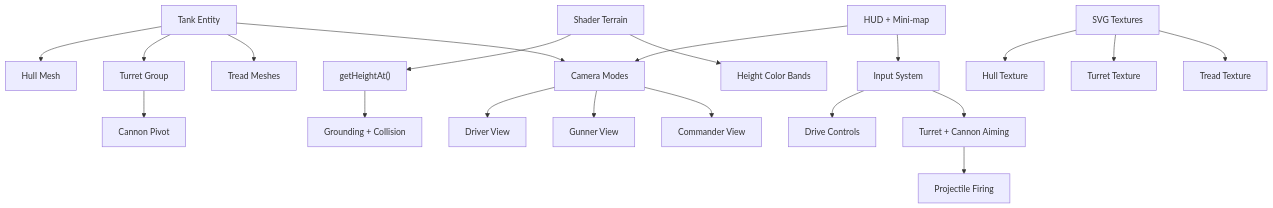
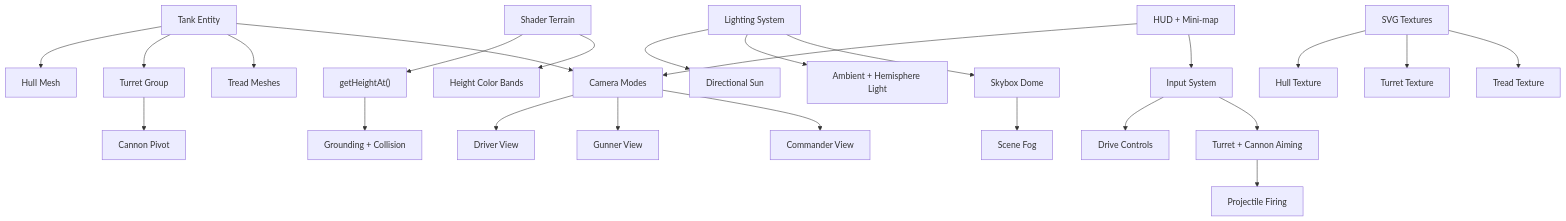
Before and after one commit to DocCheese/SauceTanks: the diagram in KNOWLEDGE_GRAPH.md, drawn with Mermaid. The commit also changed other lines of this file and 4 other files, not shown here.

Commit message:
Add skybox and lighting cycle

````diff
--- a/KNOWLEDGE_GRAPH.md
+++ b/KNOWLEDGE_GRAPH.md
@@ -3,26 +3,31 @@
 ```mermaid
 graph TD
   Tank["Tank Entity"] --> Hull["Hull Mesh"]
   Tank --> Turret["Turret Group"]
   Turret --> Cannon["Cannon Pivot"]
   Tank --> Treads["Tread Meshes"]
   Tank --> CameraModes["Camera Modes"]
   CameraModes --> Driver["Driver View"]
   CameraModes --> Gunner["Gunner View"]
   CameraModes --> Commander["Commander View"]
 
   Terrain["Shader Terrain"] --> HeightFunc["getHeightAt()"]
   HeightFunc --> Collision["Grounding + Collision"]
   Terrain --> BiomeColors["Height Color Bands"]
 
+  Lighting["Lighting System"] --> Sun["Directional Sun"]
+  Lighting --> Ambient["Ambient + Hemisphere Light"]
+  Lighting --> Skybox["Skybox Dome"]
+  Skybox --> Fog["Scene Fog"]
+
   SVGTextures["SVG Textures"] --> HullTex["Hull Texture"]
   SVGTextures --> TurretTex["Turret Texture"]
   SVGTextures --> TreadTex["Tread Texture"]
 
   Input["Input System"] --> Drive["Drive Controls"]
   Input --> Aim["Turret + Cannon Aiming"]
   Aim --> Fire["Projectile Firing"]
 
   HUD["HUD + Mini-map"] --> CameraModes
   HUD --> Input
 ```
````
